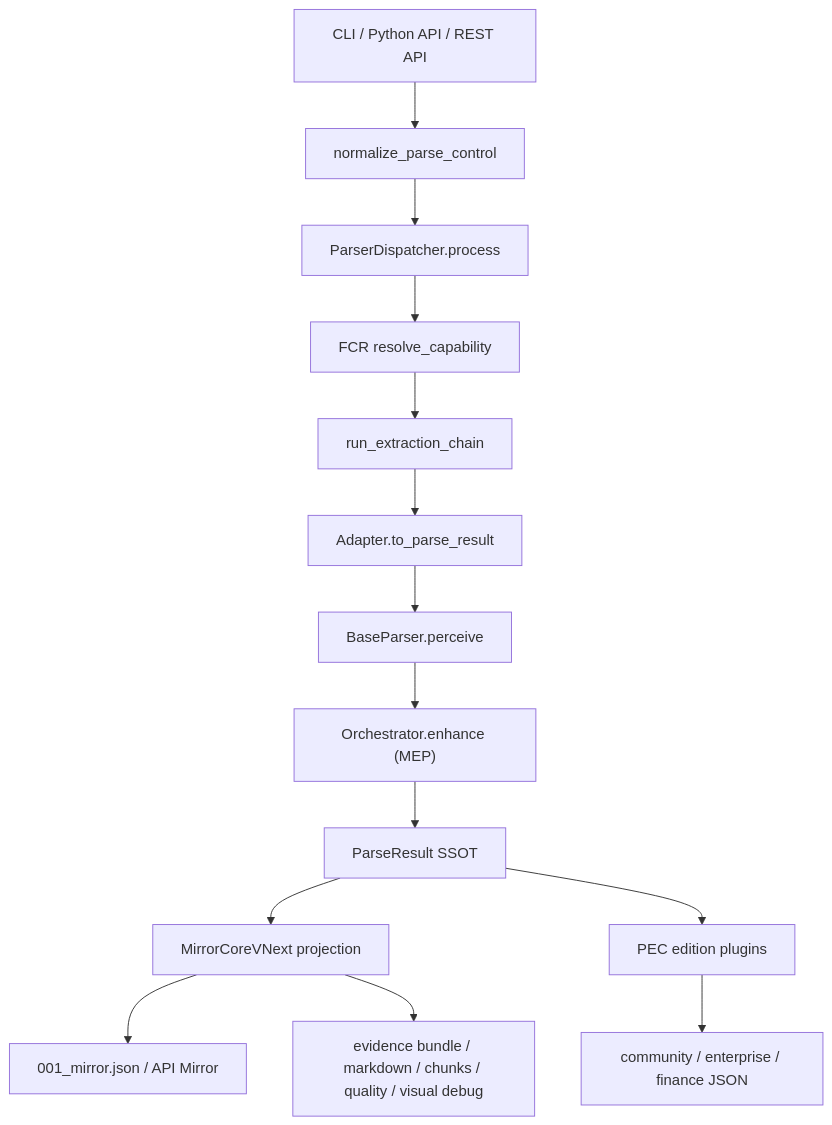
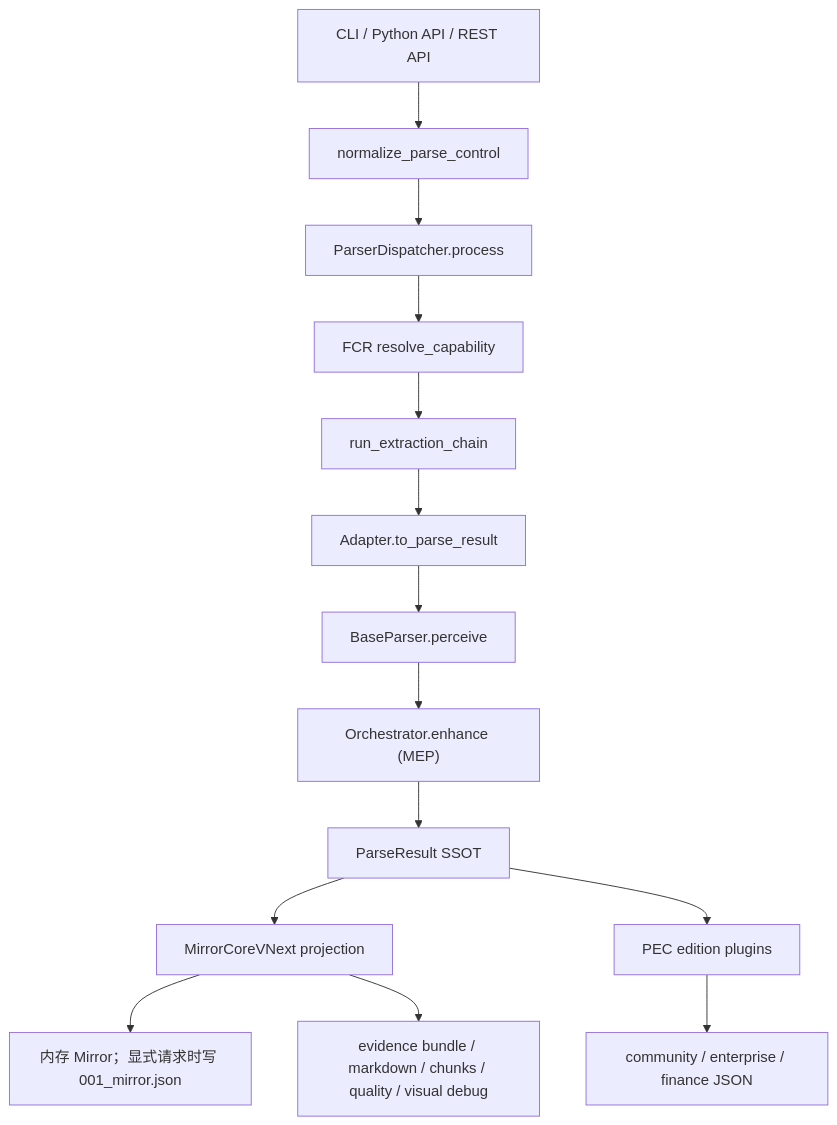
The diagram in docs/development_manual_zh-CN.md (valuemapglobal/DocMirror), drawn with Mermaid before and after one commit. The commit also changed other lines of this file and 49 other files, not shown here.

First line of the commit message:
release: streamline Community delivery for Mirror JSON 1.0.3

````diff
--- a/docs/development_manual_zh-CN.md
+++ b/docs/development_manual_zh-CN.md
@@ -140,16 +138,16 @@
 ```mermaid
 flowchart TD
     A["CLI / Python API / REST API"] --> B["normalize_parse_control"]
     B --> C["ParserDispatcher.process"]
     C --> D["FCR resolve_capability"]
     D --> E["run_extraction_chain"]
     E --> F["Adapter.to_parse_result"]
     F --> G["BaseParser.perceive"]
     G --> H["Orchestrator.enhance (MEP)"]
     H --> I["ParseResult SSOT"]
     I --> J["MirrorCoreVNext projection"]
     I --> K["PEC edition plugins"]
-    J --> L["001_mirror.json / API Mirror"]
+    J --> L["内存 Mirror；显式请求时写 001_mirror.json"]
     K --> M["community / enterprise / finance JSON"]
     J --> N["evidence bundle / markdown / chunks / quality / visual debug"]
 ```
````
